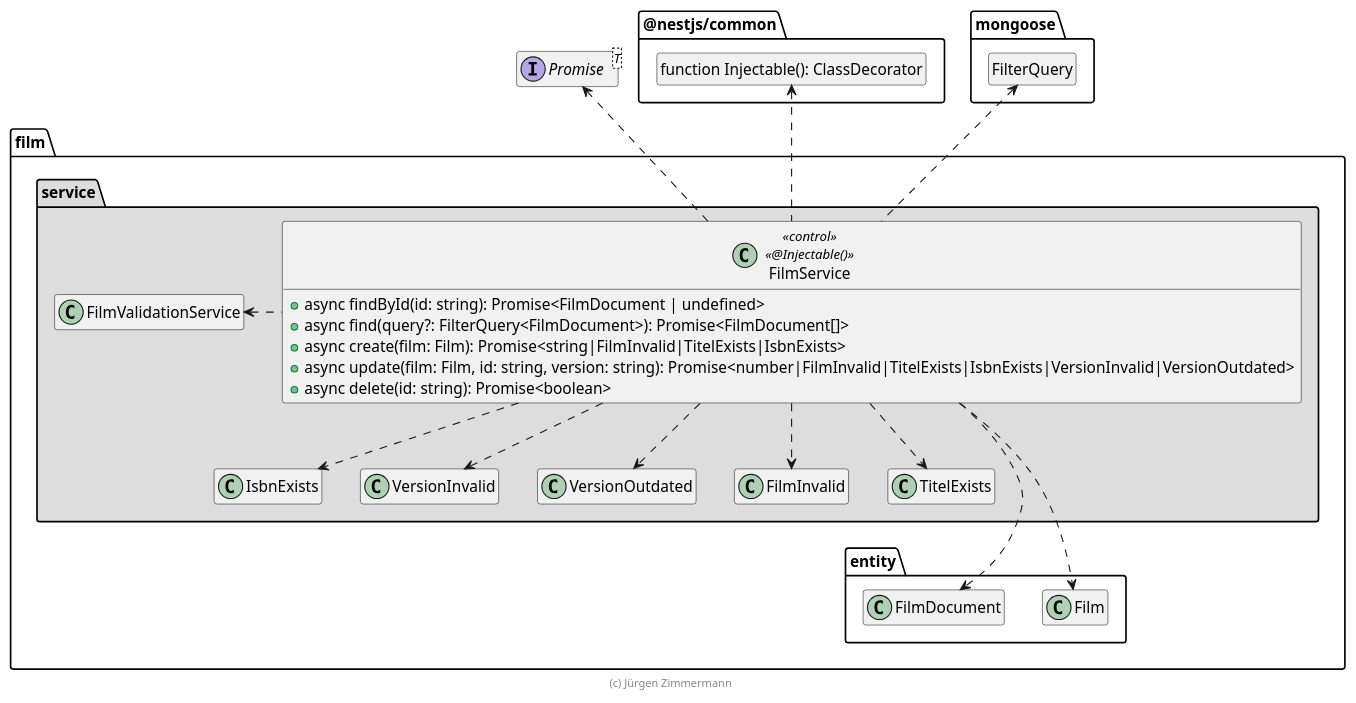
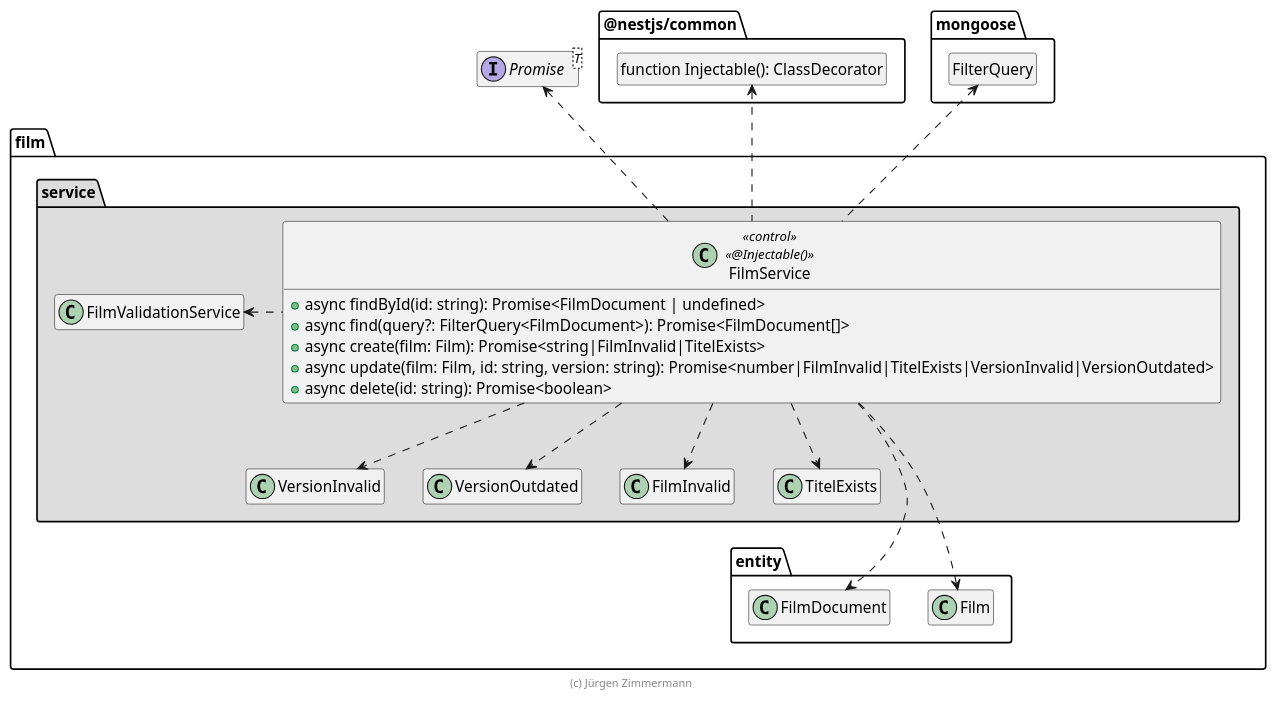
Before and after one commit to SWEGruppe8/Film: the diagram in extras/doc/entwicklerhandbuch/FilmService.puml, drawn with PlantUML.

Commit message:
filmservicePUML aktualisiert

```diff
--- a/extras/doc/entwicklerhandbuch/FilmService.puml
+++ b/extras/doc/entwicklerhandbuch/FilmService.puml
@@ -1,58 +1,56 @@
 @startuml Anwendungskern
 
 interface Promise<T>
 
 package @nestjs/common {
   class "function Injectable(): ClassDecorator" as Injectable
   hide Injectable circle
 }
 
 package mongoose {
   class FilterQuery
   hide FilterQuery circle
 }
 
 
 package film {
   package entity {
     class Film
     class FilmDocument
 
   }
 
   package service #DDDDDD {
     class FilmInvalid
     class TitelExists
-    class IsbnExists
     class VersionInvalid
     class VersionOutdated
 
     FilmService .up.> Promise
     FilmService ..> Film
     FilmService ..> FilmDocument
     FilmService .left.> FilmValidationService
     FilmService ..> FilmInvalid
     FilmService ..> TitelExists
-    FilmService ..> IsbnExists
     FilmService ..> VersionInvalid
     FilmService ..> VersionOutdated
     FilmService .up.> FilterQuery
     FilmService .up.> Injectable
 
     class FilmService << control >> <<@Injectable()>> {
       + async findById(id: string): Promise<FilmDocument | undefined>
       + async find(query?: FilterQuery<FilmDocument>): Promise<FilmDocument[]>
-      + async create(film: Film): Promise<string|FilmInvalid|TitelExists|IsbnExists>
-      + async update(film: Film, id: string, version: string): Promise<number|FilmInvalid|TitelExists|IsbnExists|VersionInvalid|VersionOutdated>
+      + async create(film: Film): Promise<string|FilmInvalid|TitelExists>
+      + async update(film: Film, id: string, version: string): Promise<number|FilmInvalid|TitelExists|VersionInvalid|VersionOutdated>
       + async delete(id: string): Promise<boolean>
     }
 
     VersionOutdated -[hidden]-> FilmDocument
   }
 }
 
 hide empty members
 
 footer (c) Jürgen Zimmermann
 
 @enduml
```
